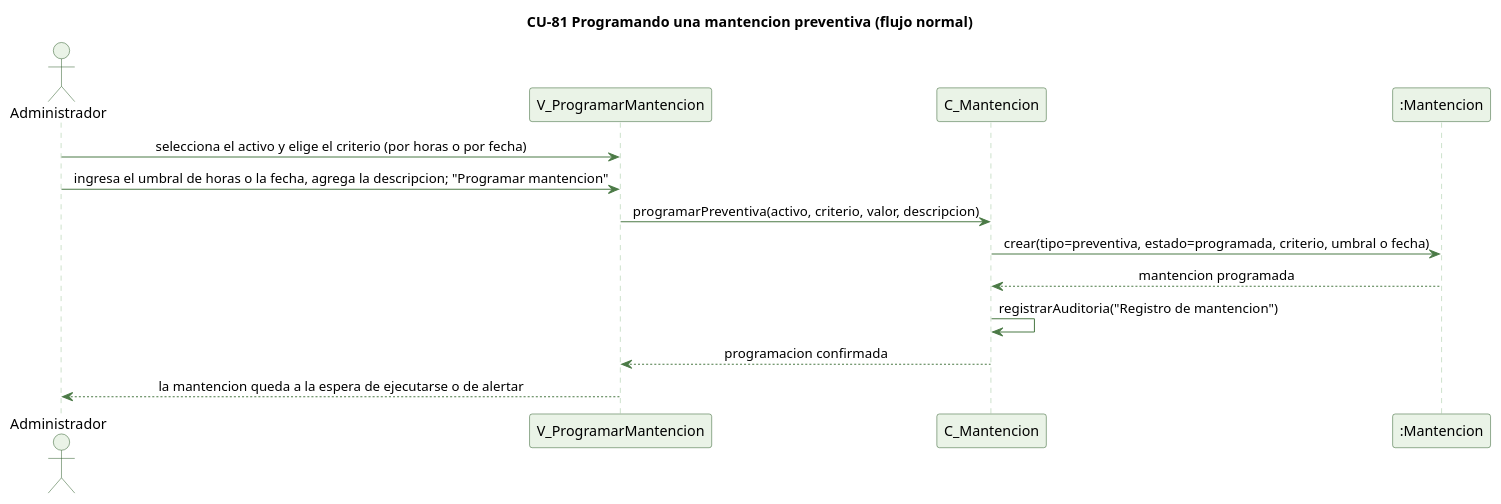
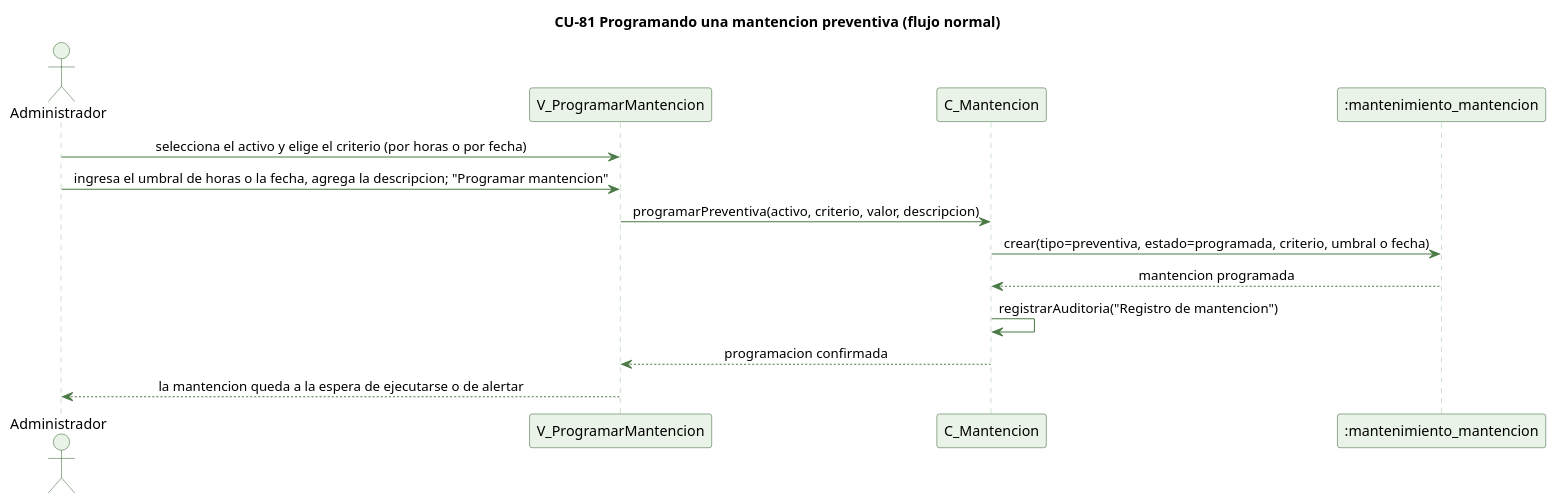
One commit to kenjikaese/Triverde changed the diagram in docs/trabajo-grupal/diagramas/secuencias/cu81-programar-preventiva-normal.puml. Above: the diagram before and after it, drawn with PlantUML. The commit also changed 215 other files, not shown here.

```diff
--- a/docs/trabajo-grupal/diagramas/secuencias/cu81-programar-preventiva-normal.puml
+++ b/docs/trabajo-grupal/diagramas/secuencias/cu81-programar-preventiva-normal.puml
@@ -1,30 +1,30 @@
 @startuml cu81-programar-preventiva-normal
 ' CU-81 Programando una mantencion preventiva - flujo normal
 skinparam backgroundColor #FFFFFF
 skinparam shadowing false
 skinparam defaultFontName Helvetica
 skinparam sequenceMessageAlign center
 skinparam ParticipantBackgroundColor #EAF3E7
 skinparam ParticipantBorderColor #2E5E2A
 skinparam ActorBackgroundColor #EAF3E7
 skinparam ActorBorderColor #2E5E2A
 skinparam sequenceLifeLineBorderColor #9CC49A
 skinparam ArrowColor #4B7A46
 
 title CU-81 Programando una mantencion preventiva (flujo normal)
 
 actor Administrador
 participant "V_ProgramarMantencion" as V
 participant "C_Mantencion" as C
-participant ":Mantencion" as MNT
+participant ":mantenimiento_mantencion" as MNT
 
 Administrador -> V : selecciona el activo y elige el criterio (por horas o por fecha)
 Administrador -> V : ingresa el umbral de horas o la fecha, agrega la descripcion; "Programar mantencion"
 V -> C : programarPreventiva(activo, criterio, valor, descripcion)
 C -> MNT : crear(tipo=preventiva, estado=programada, criterio, umbral o fecha)
 MNT --> C : mantencion programada
 C -> C : registrarAuditoria("Registro de mantencion")
 C --> V : programacion confirmada
 V --> Administrador : la mantencion queda a la espera de ejecutarse o de alertar
 
 @enduml
```
